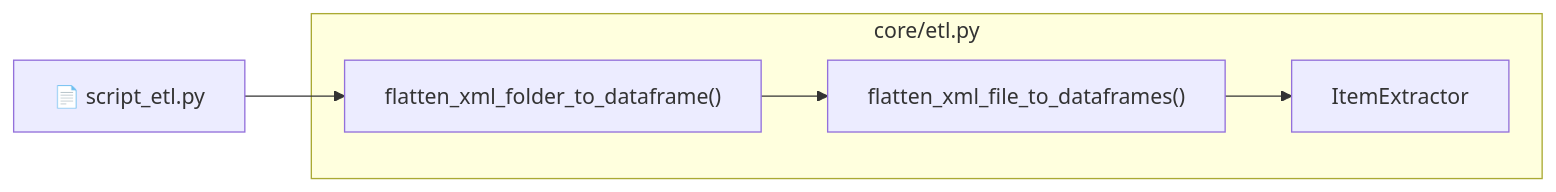
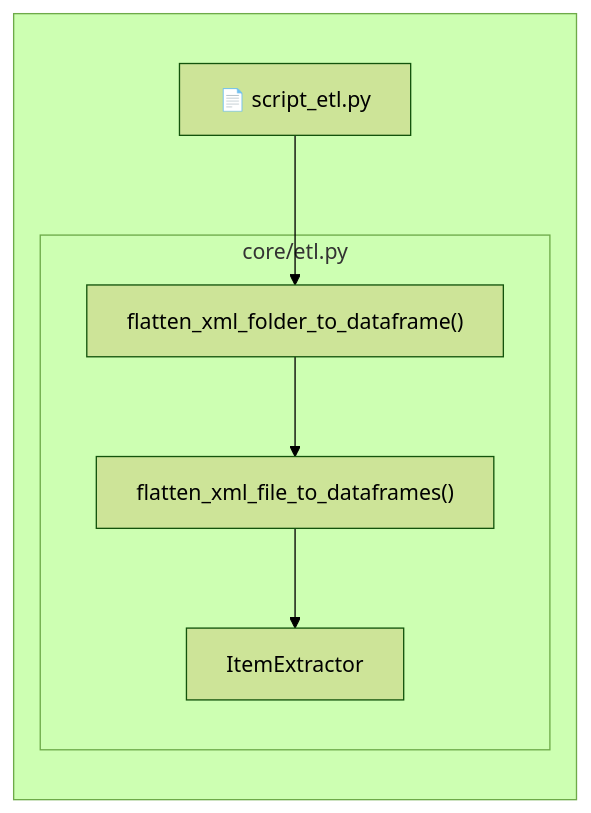
One commit to andrewKOwong/mixedconclusions changed the first of 2 diagrams in content/blog/boardgames_part_one.md. Above: the diagram before and after it, drawn with Mermaid. The commit also changed other lines of this file, not shown here.

Commit message:
Update: mermaid formatting, minor rewriting

````diff
--- a/content/blog/boardgames_part_one.md
+++ b/content/blog/boardgames_part_one.md
@@ -247,10 +251,19 @@
 ```mermaid
-flowchart LR
+%%{init: {'theme':'forest'}}%%
+graph LR
+
+classDef no_link_fill fill:None;
+
+subgraph background [ ]
     script["📄 script_etl.py"] --> folder_func["flatten_xml_folder_to_dataframe()"];
 
  subgraph core/etl.py
     folder_func --> file_func["flatten_xml_file_to_dataframes()"];
     file_func --> ItemExtractor;
 
  end
+ end
+
+class padding1 emptypadding
+class background backgroundbox
 ```
````
